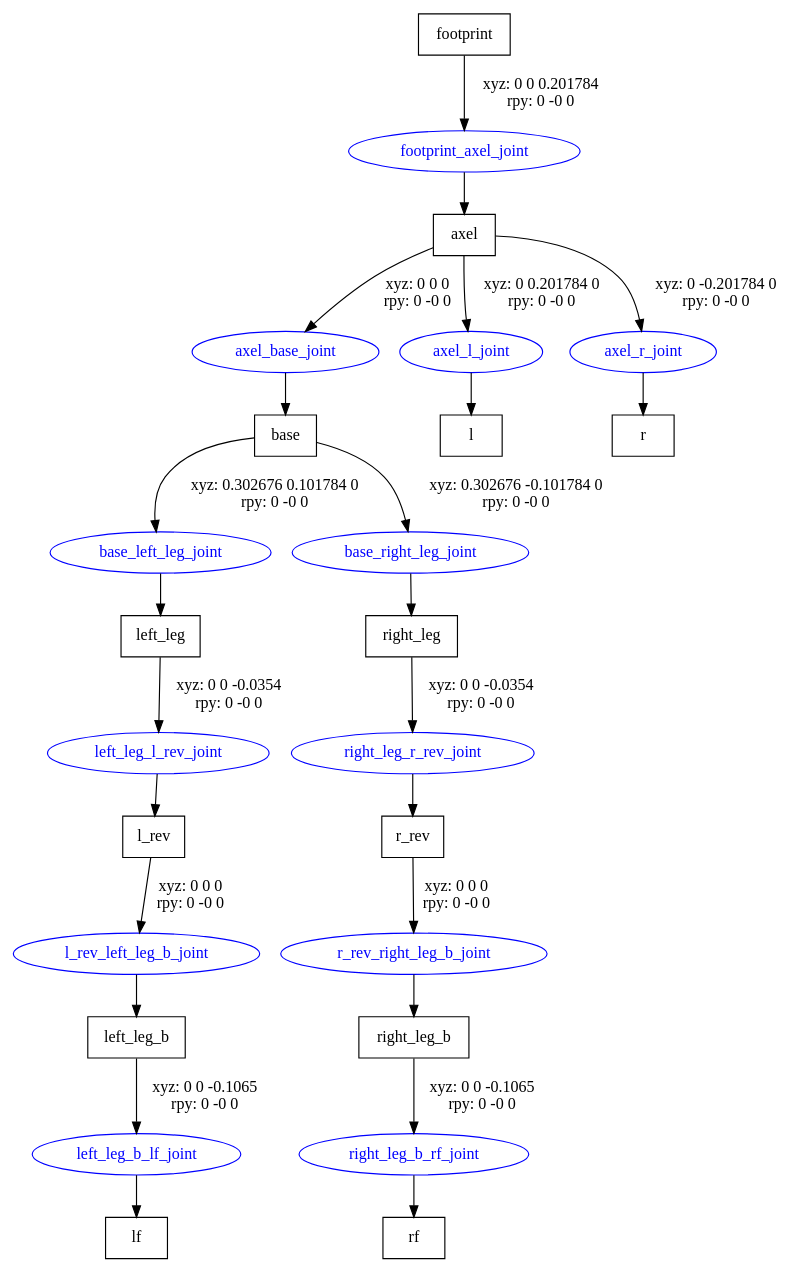
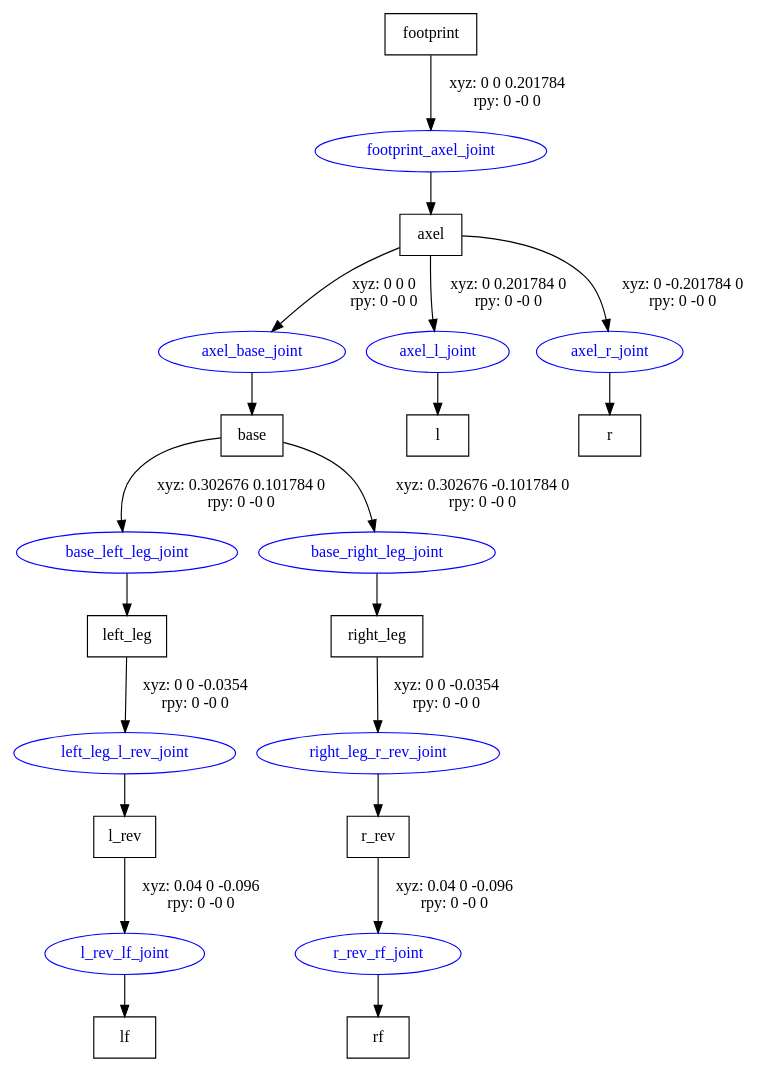
Before and after one commit to kundan-goswami/wheelchair: the diagram in wheelchair.gv, drawn with Graphviz. The commit also changed 5 other files, not shown here.

```diff
--- a/wheelchair.gv
+++ b/wheelchair.gv
@@ -1,41 +1,35 @@
 digraph G {
 node [shape=box];
 "footprint" [label="footprint"];
 "axel" [label="axel"];
 "base" [label="base"];
 "left_leg" [label="left_leg"];
 "l_rev" [label="l_rev"];
-"left_leg_b" [label="left_leg_b"];
 "lf" [label="lf"];
 "right_leg" [label="right_leg"];
 "r_rev" [label="r_rev"];
-"right_leg_b" [label="right_leg_b"];
 "rf" [label="rf"];
 "l" [label="l"];
 "r" [label="r"];
 node [shape=ellipse, color=blue, fontcolor=blue];
 "footprint" -> "footprint_axel_joint" [label="xyz: 0 0 0.201784 \nrpy: 0 -0 0"]
 "footprint_axel_joint" -> "axel"
 "axel" -> "axel_base_joint" [label="xyz: 0 0 0 \nrpy: 0 -0 0"]
 "axel_base_joint" -> "base"
 "base" -> "base_left_leg_joint" [label="xyz: 0.302676 0.101784 0 \nrpy: 0 -0 0"]
 "base_left_leg_joint" -> "left_leg"
 "left_leg" -> "left_leg_l_rev_joint" [label="xyz: 0 0 -0.0354 \nrpy: 0 -0 0"]
 "left_leg_l_rev_joint" -> "l_rev"
-"l_rev" -> "l_rev_left_leg_b_joint" [label="xyz: 0 0 0 \nrpy: 0 -0 0"]
-"l_rev_left_leg_b_joint" -> "left_leg_b"
-"left_leg_b" -> "left_leg_b_lf_joint" [label="xyz: 0 0 -0.1065 \nrpy: 0 -0 0"]
-"left_leg_b_lf_joint" -> "lf"
+"l_rev" -> "l_rev_lf_joint" [label="xyz: 0.04 0 -0.096 \nrpy: 0 -0 0"]
+"l_rev_lf_joint" -> "lf"
 "base" -> "base_right_leg_joint" [label="xyz: 0.302676 -0.101784 0 \nrpy: 0 -0 0"]
 "base_right_leg_joint" -> "right_leg"
 "right_leg" -> "right_leg_r_rev_joint" [label="xyz: 0 0 -0.0354 \nrpy: 0 -0 0"]
 "right_leg_r_rev_joint" -> "r_rev"
-"r_rev" -> "r_rev_right_leg_b_joint" [label="xyz: 0 0 0 \nrpy: 0 -0 0"]
-"r_rev_right_leg_b_joint" -> "right_leg_b"
-"right_leg_b" -> "right_leg_b_rf_joint" [label="xyz: 0 0 -0.1065 \nrpy: 0 -0 0"]
-"right_leg_b_rf_joint" -> "rf"
+"r_rev" -> "r_rev_rf_joint" [label="xyz: 0.04 0 -0.096 \nrpy: 0 -0 0"]
+"r_rev_rf_joint" -> "rf"
 "axel" -> "axel_l_joint" [label="xyz: 0 0.201784 0 \nrpy: 0 -0 0"]
 "axel_l_joint" -> "l"
 "axel" -> "axel_r_joint" [label="xyz: 0 -0.201784 0 \nrpy: 0 -0 0"]
 "axel_r_joint" -> "r"
 }
```
